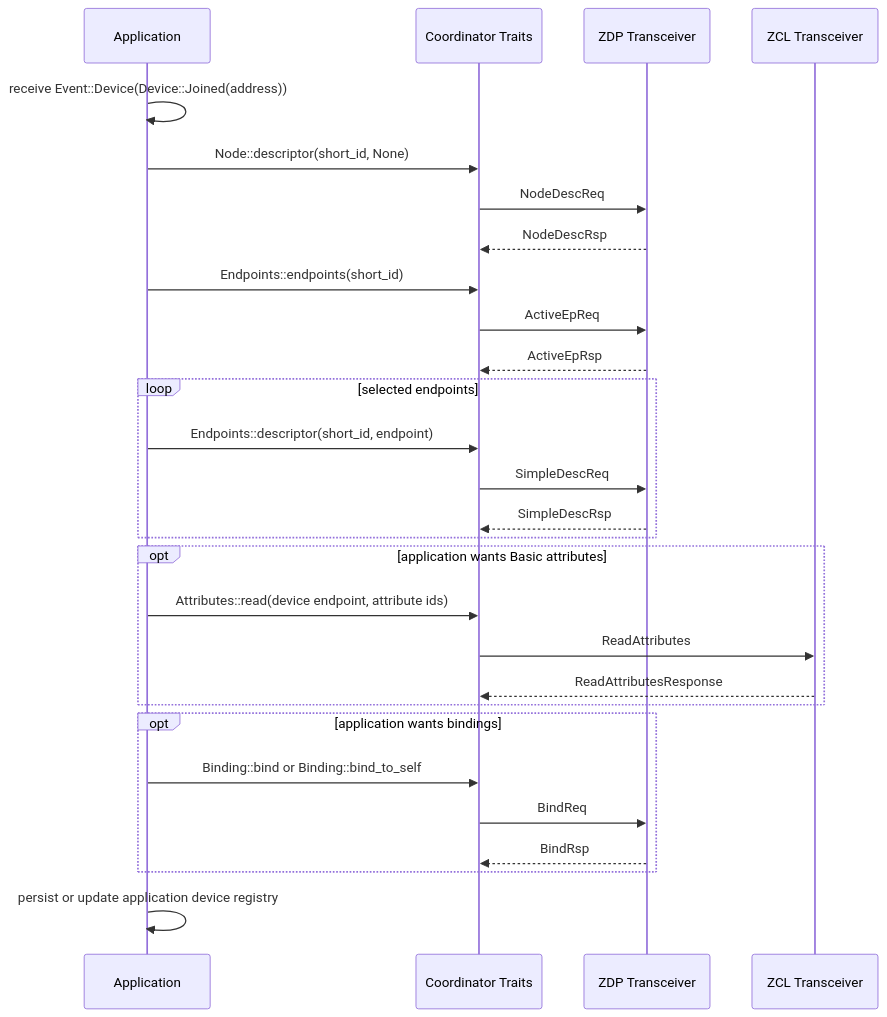
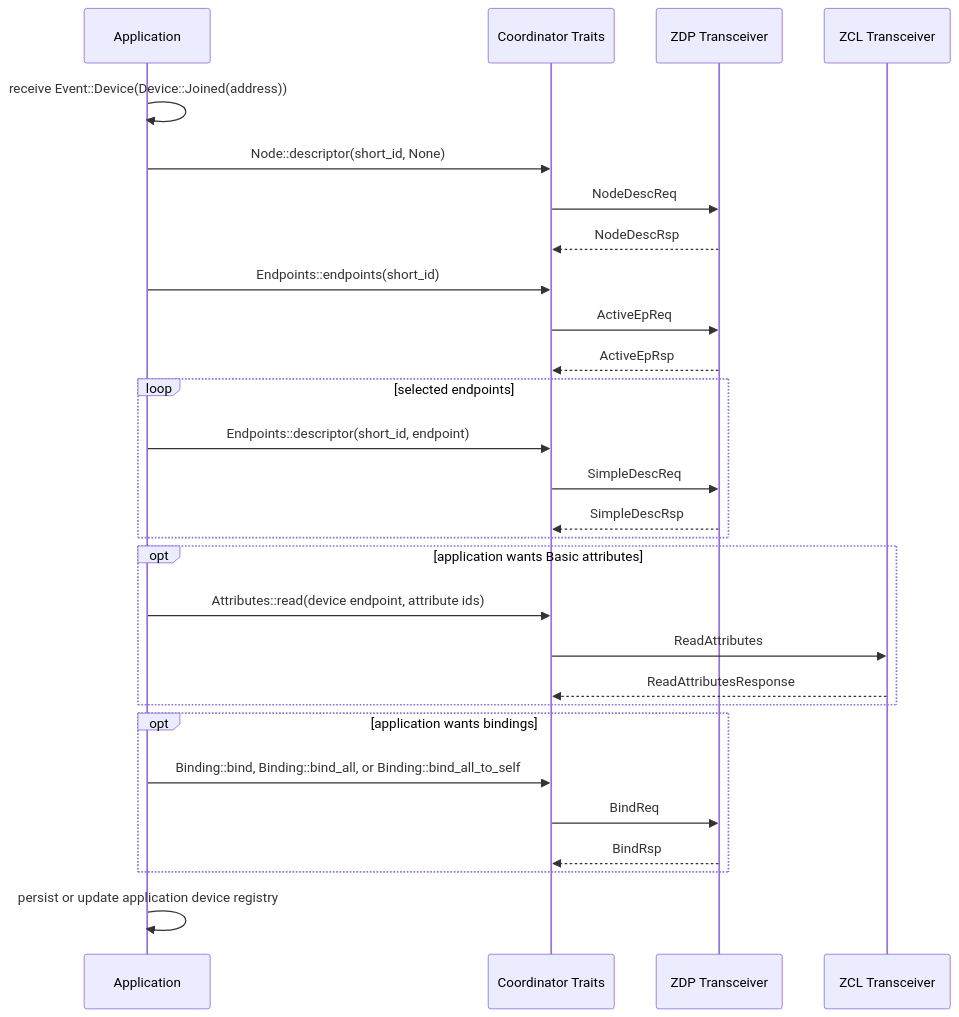
Before and after one commit to PaulmannLighting/apis-saltans: the sixth of 7 diagrams in coordinator/ARCHITECTURE.md, drawn with Mermaid. The commit also changed other lines of this file and 5 other files, not shown here.

Commit message:
Update `bind_all_to_self`.

````diff
--- a/coordinator/ARCHITECTURE.md
+++ b/coordinator/ARCHITECTURE.md
@@ -238,36 +237,36 @@
 ```mermaid
 sequenceDiagram
     participant APP as Application
     participant API as Coordinator Traits
     participant ZDP as ZDP Transceiver
     participant ZCL as ZCL Transceiver
 
     APP->>APP: receive Event::Device(Device::Joined(address))
     APP->>API: Node::descriptor(short_id, None)
     API->>ZDP: NodeDescReq
     ZDP-->>API: NodeDescRsp
 
     APP->>API: Endpoints::endpoints(short_id)
     API->>ZDP: ActiveEpReq
     ZDP-->>API: ActiveEpRsp
 
     loop selected endpoints
         APP->>API: Endpoints::descriptor(short_id, endpoint)
         API->>ZDP: SimpleDescReq
         ZDP-->>API: SimpleDescRsp
     end
 
     opt application wants Basic attributes
         APP->>API: Attributes::read(device endpoint, attribute ids)
         API->>ZCL: ReadAttributes
         ZCL-->>API: ReadAttributesResponse
     end
 
     opt application wants bindings
-        APP->>API: Binding::bind or Binding::bind_to_self
+        APP->>API: Binding::bind, Binding::bind_all, or Binding::bind_all_to_self
         API->>ZDP: BindReq
         ZDP-->>API: BindRsp
     end
 
     APP->>APP: persist or update application device registry
 ```
````
